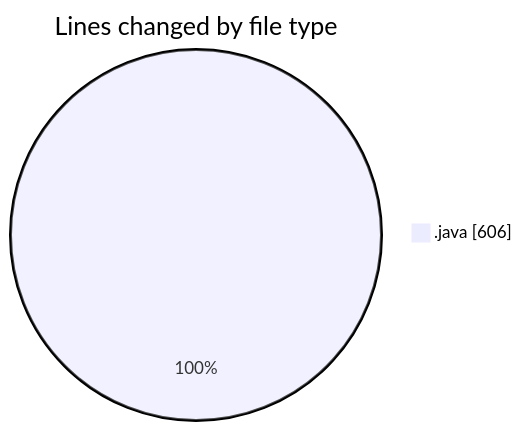
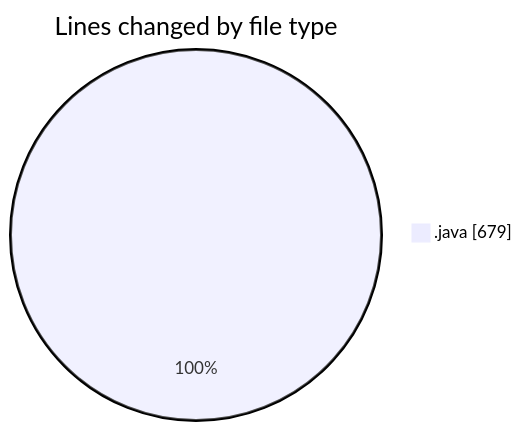
The first of 2 diagrams in 2026-08-26/cilreports__workspace_/README.md (ricardozamudiocil/code-tracking), drawn with Mermaid before and after one commit. The commit also changed other lines of this file and 1 other file, not shown here.

````diff
--- a/2026-08-26/cilreports__workspace_/README.md
+++ b/2026-08-26/cilreports__workspace_/README.md
@@ -20,5 +20,5 @@
 ```mermaid
 pie showData
 title Lines changed by file type
-".java" : 606
+".java" : 679
 ```
````
